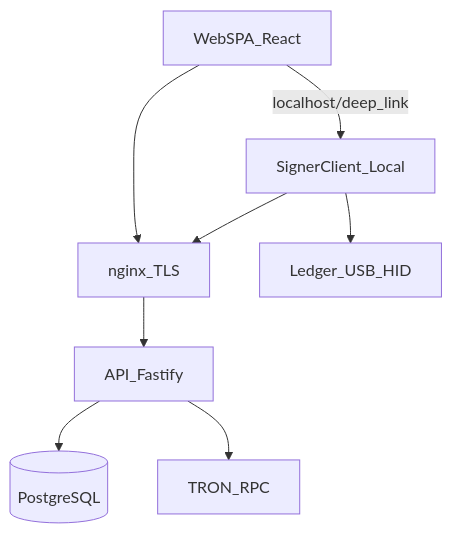
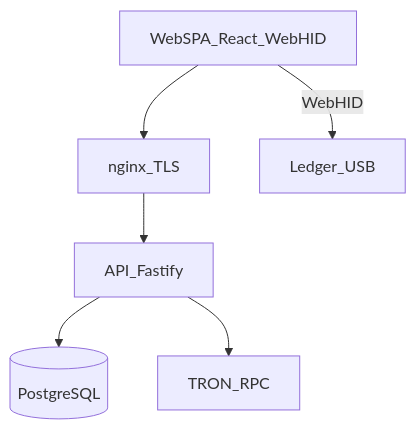
The diagram in .cursor/rules/architecture-c4.mdc (DiSH/tron-payments), drawn with Mermaid before and after one commit. The commit also changed other lines of this file and 47 other files, not shown here.

Commit message:
added ledger HID

````diff
--- a/.cursor/rules/architecture-c4.mdc
+++ b/.cursor/rules/architecture-c4.mdc
@@ -24,10 +24,8 @@
 ```mermaid
 flowchart TB
-  WEB[WebSPA_React] --> NGINX[nginx_TLS]
+  WEB[WebSPA_React_WebHID] --> NGINX[nginx_TLS]
+  WEB -->|WebHID| LED[Ledger_USB]
   NGINX --> API[API_Fastify]
-  SIGN[SignerClient_Local] --> NGINX
-  SIGN --> LED[Ledger_USB_HID]
-  WEB -->|localhost/deep_link| SIGN
   API --> PG[(PostgreSQL)]
   API --> TRON[TRON_RPC]
 ```
````
